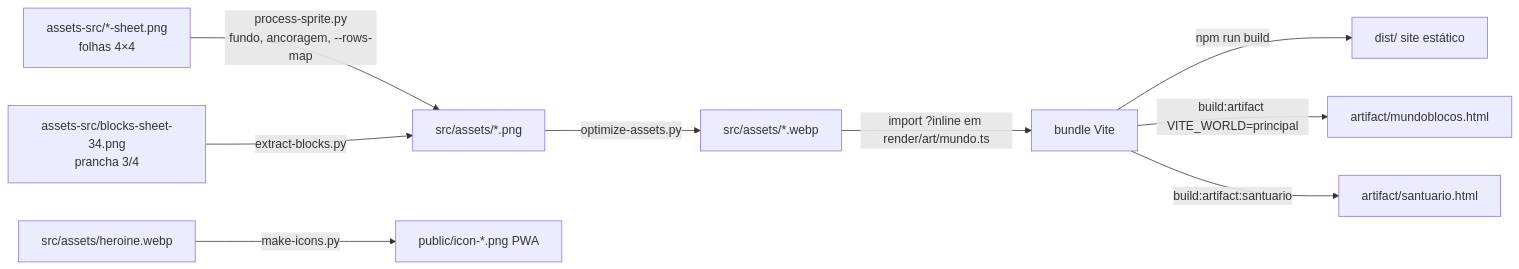
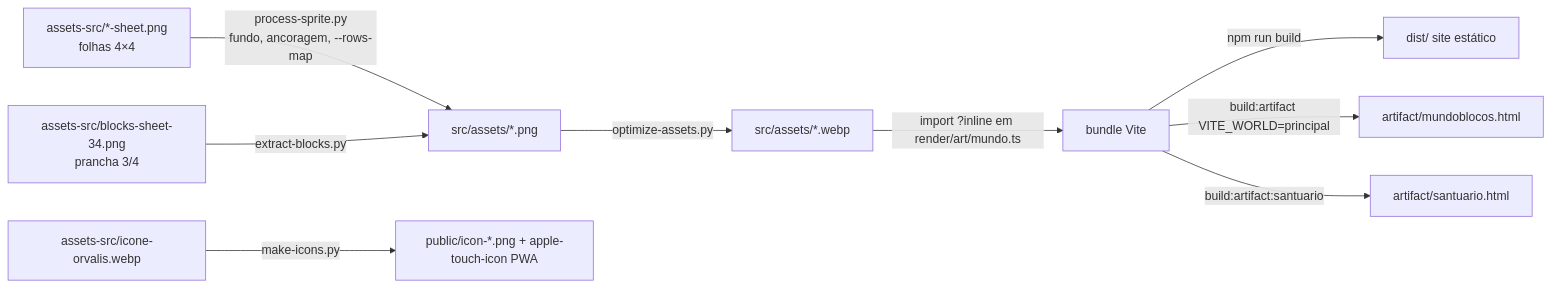
One commit to maiam/mundoblocos-2d changed the seventh of 7 diagrams in docs/MAPS.md. Above: the diagram before and after it, drawn with Mermaid. The commit also changed 14 other files, not shown here.

````diff
--- a/docs/MAPS.md
+++ b/docs/MAPS.md
@@ -126,11 +126,11 @@
 ```mermaid
 flowchart LR
   S1[assets-src/*-sheet.png<br/>folhas 4×4] -->|process-sprite.py<br/>fundo, ancoragem, --rows-map| P[src/assets/*.png]
   S2[assets-src/blocks-sheet-34.png<br/>prancha 3/4] -->|extract-blocks.py| P
   P -->|optimize-assets.py| WB[src/assets/*.webp]
   WB -->|import ?inline em render/art/mundo.ts| JS[bundle Vite]
   JS -->|npm run build| D[dist/ site estático]
   JS -->|build:artifact VITE_WORLD=principal| A[artifact/mundoblocos.html]
   JS -->|build:artifact:santuario| A2[artifact/santuario.html]
-  P2[src/assets/heroine.webp] -->|make-icons.py| PW[public/icon-*.png PWA]
+  P2[assets-src/icone-orvalis.webp] -->|make-icons.py| PW[public/icon-*.png + apple-touch-icon PWA]
 ```
````
